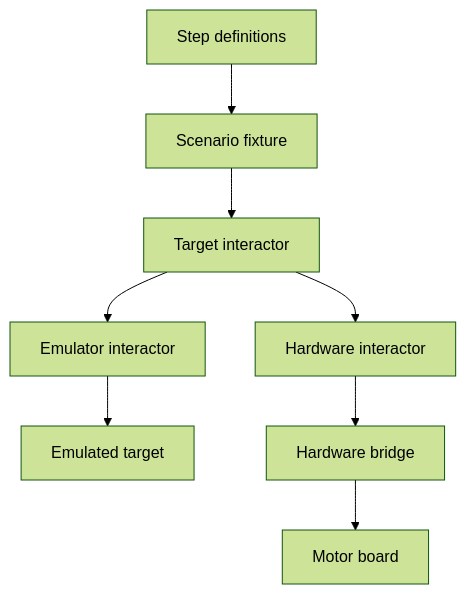
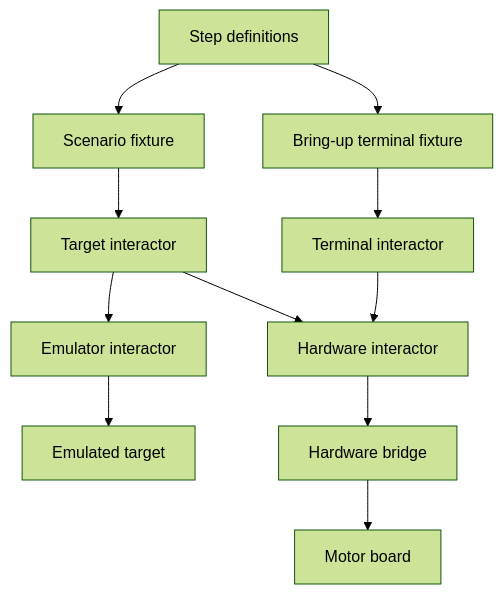
Before and after one commit to embedded-pro/e-foc: the first of 3 diagrams in documentation/design/integration-testing.md, drawn with Mermaid (forest theme). The commit also changed other lines of this file and 108 other files, not shown here.

````diff
--- a/documentation/design/integration-testing.md
+++ b/documentation/design/integration-testing.md
@@ -71,10 +76,13 @@
 ```mermaid
 graph TD
     STEPS["Step definitions"] --> FIXTURE["Scenario fixture"]
+    STEPS --> TFIXTURE["Bring-up terminal fixture"]
     FIXTURE --> SEAM["Target interactor"]
+    TFIXTURE --> TSEAM["Terminal interactor"]
     SEAM --> SIL["Emulator interactor"]
     SEAM --> HIL["Hardware interactor"]
+    TSEAM --> HIL
     SIL --> QEMU["Emulated target"]
     HIL --> BRIDGE["Hardware bridge"]
     BRIDGE --> BOARD["Motor board"]
 ```
````
